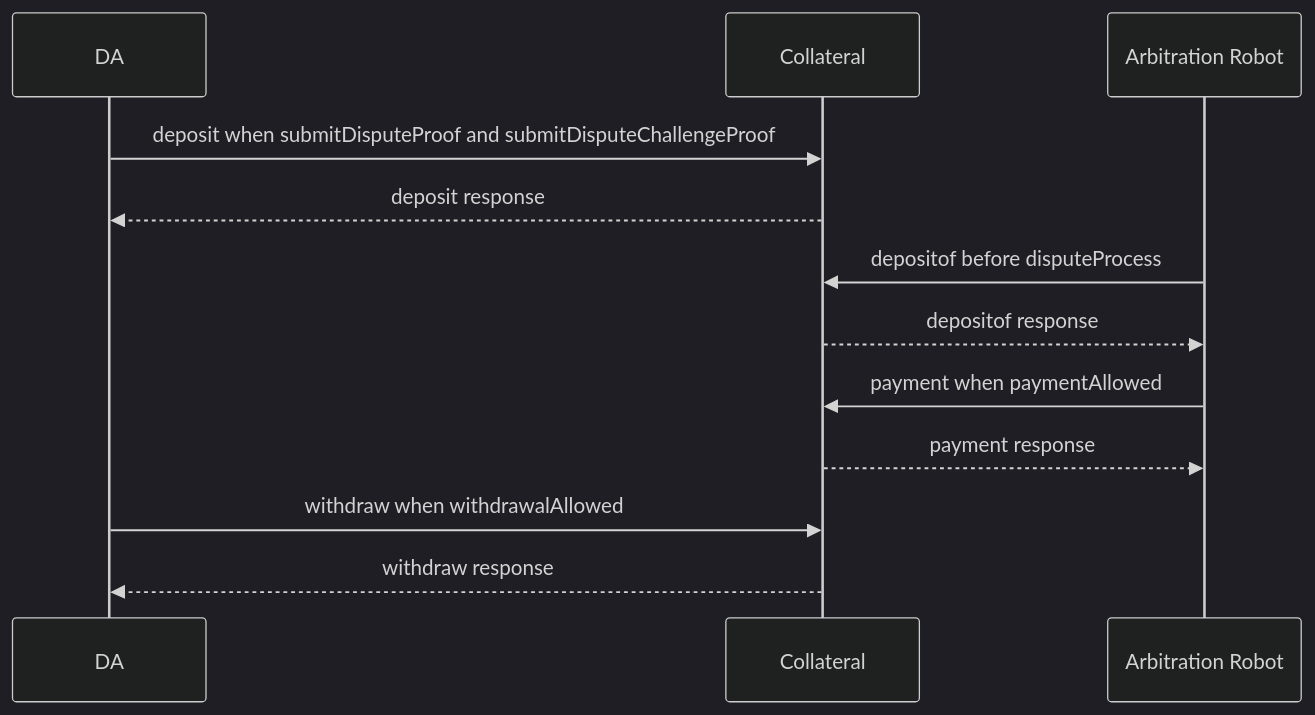
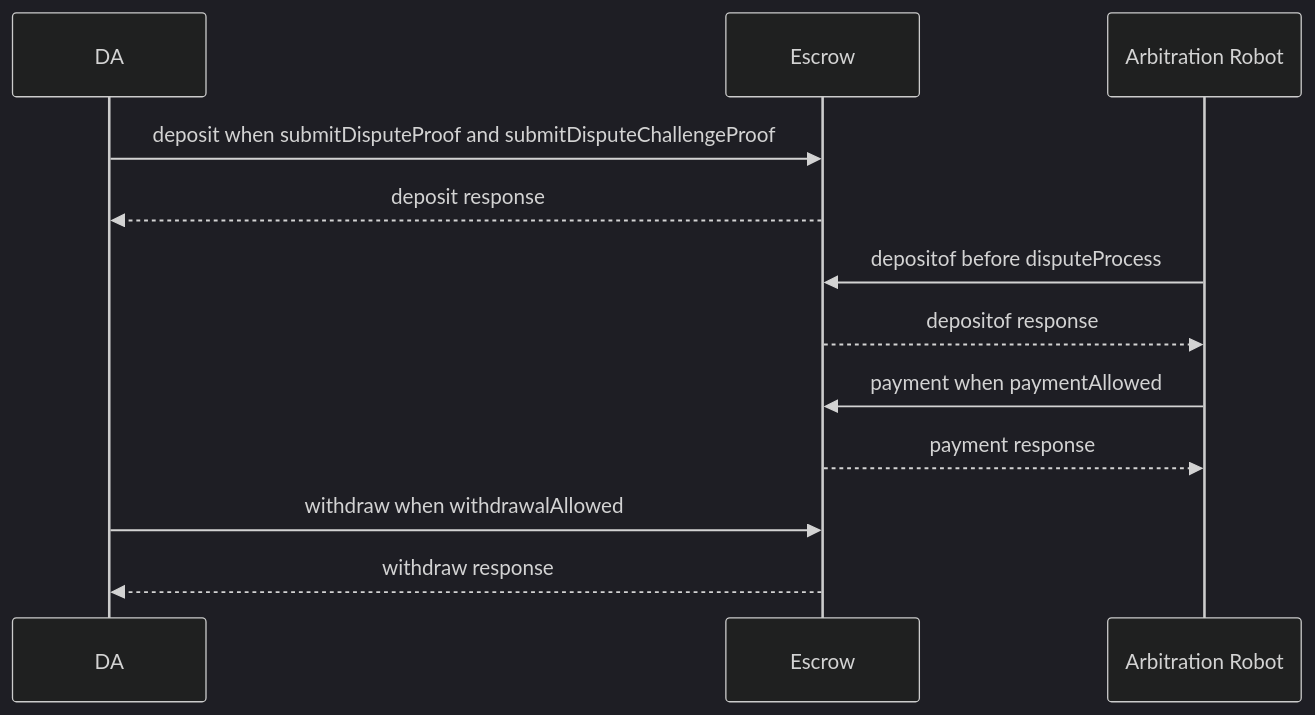
One commit to dataswap/specs changed the eighth of 8 diagrams in systems/core/escrow/Readme.md. Above: the diagram before and after it, drawn with Mermaid (dark theme). The commit also changed other lines of this file, not shown here.

````diff
--- a/systems/core/escrow/Readme.md
+++ b/systems/core/escrow/Readme.md
@@ -188,11 +188,11 @@
 ```mermaid
 sequenceDiagram
-   DA ->> Collateral: deposit when submitDisputeProof and submitDisputeChallengeProof
-   Collateral -->> DA: deposit response
-   Arbitration Robot ->> Collateral: depositof before disputeProcess
-   Collateral -->> Arbitration Robot: depositof response
-   Arbitration Robot ->> Collateral: payment when paymentAllowed
-   Collateral -->> Arbitration Robot: payment response
-   DA ->> Collateral: withdraw when withdrawalAllowed
-   Collateral -->> DA: withdraw response
+   DA ->> Escrow: deposit when submitDisputeProof and submitDisputeChallengeProof
+   Escrow -->> DA: deposit response
+   Arbitration Robot ->> Escrow: depositof before disputeProcess
+   Escrow -->> Arbitration Robot: depositof response
+   Arbitration Robot ->> Escrow: payment when paymentAllowed
+   Escrow -->> Arbitration Robot: payment response
+   DA ->> Escrow: withdraw when withdrawalAllowed
+   Escrow -->> DA: withdraw response
 ```
````
